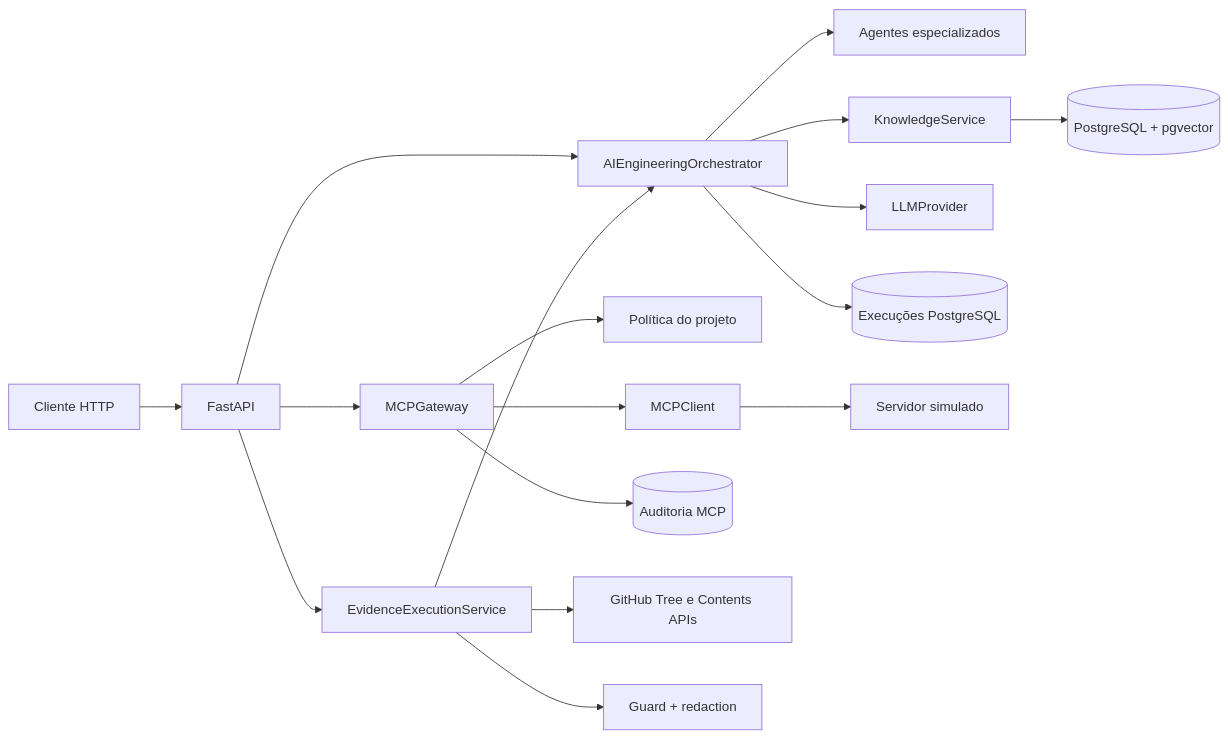
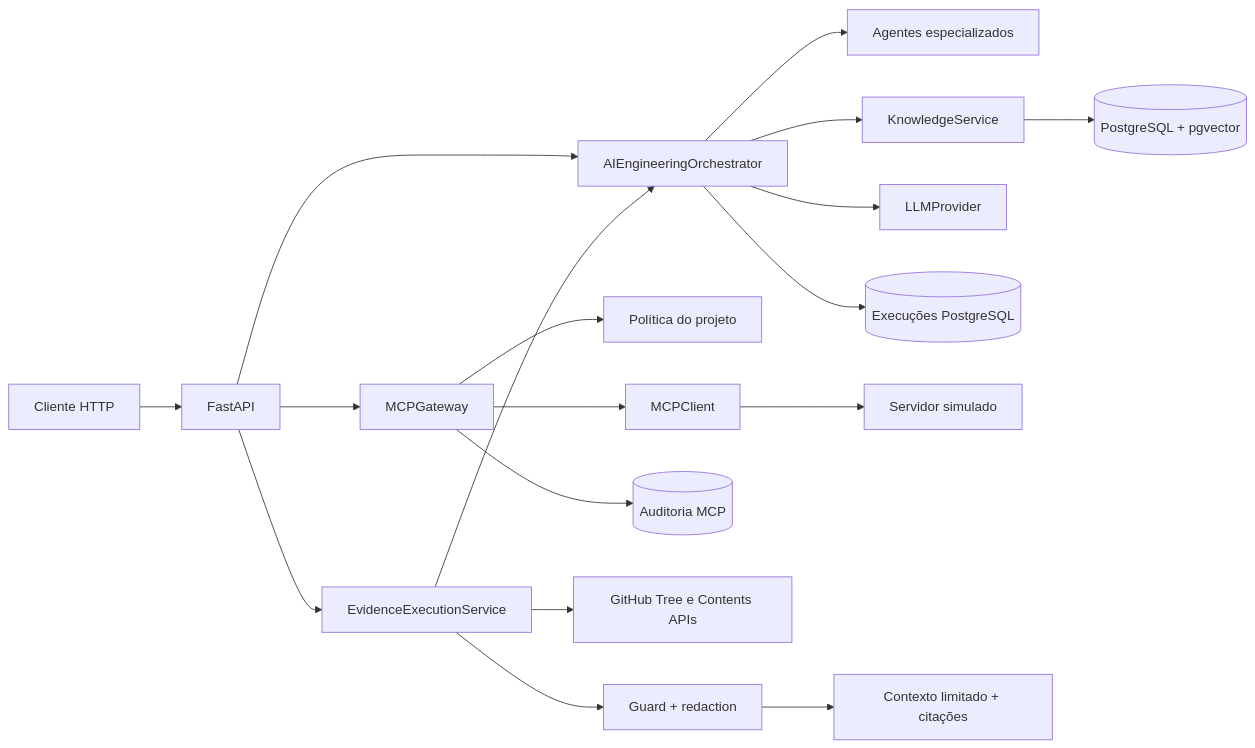
One commit to AriRoberto/ai-engineering-orchestrator changed the first of 3 diagrams in docs/pt-BR/guia-arquitetura.md. Above: the diagram before and after it, drawn with Mermaid. The commit also changed other lines of this file and 27 other files, not shown here.

````diff
--- a/docs/pt-BR/guia-arquitetura.md
+++ b/docs/pt-BR/guia-arquitetura.md
@@ -8,19 +8,20 @@
 ```mermaid
 flowchart LR
     C[Cliente HTTP] --> API[FastAPI]
     API --> O[AIEngineeringOrchestrator]
     O --> A[Agentes especializados]
     O --> K[KnowledgeService]
     O --> L[LLMProvider]
     O --> E[(Execuções PostgreSQL)]
     K --> V[(PostgreSQL + pgvector)]
     API --> M[MCPGateway]
     M --> P[Política do projeto]
     M --> S[MCPClient]
     M --> AU[(Auditoria MCP)]
     S --> D[Servidor simulado]
     API --> EC[EvidenceExecutionService]
     EC --> GH[GitHub Tree e Contents APIs]
     EC --> CG[Guard + redaction]
+    CG --> CB[Contexto limitado + citações]
     EC --> O
 ```
````
